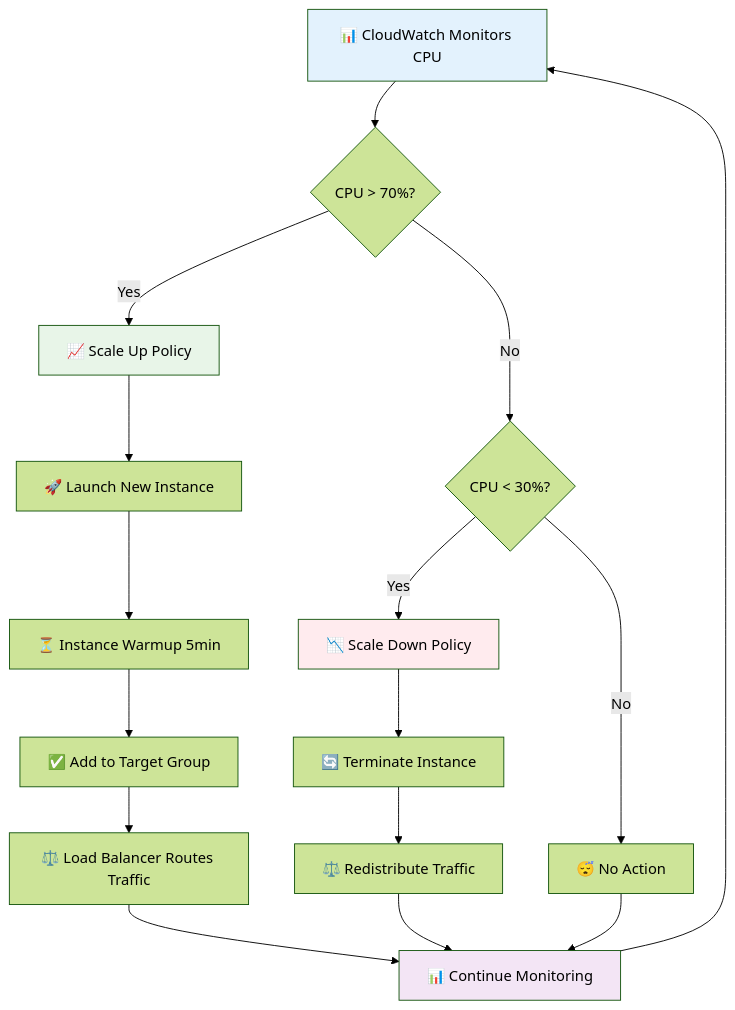
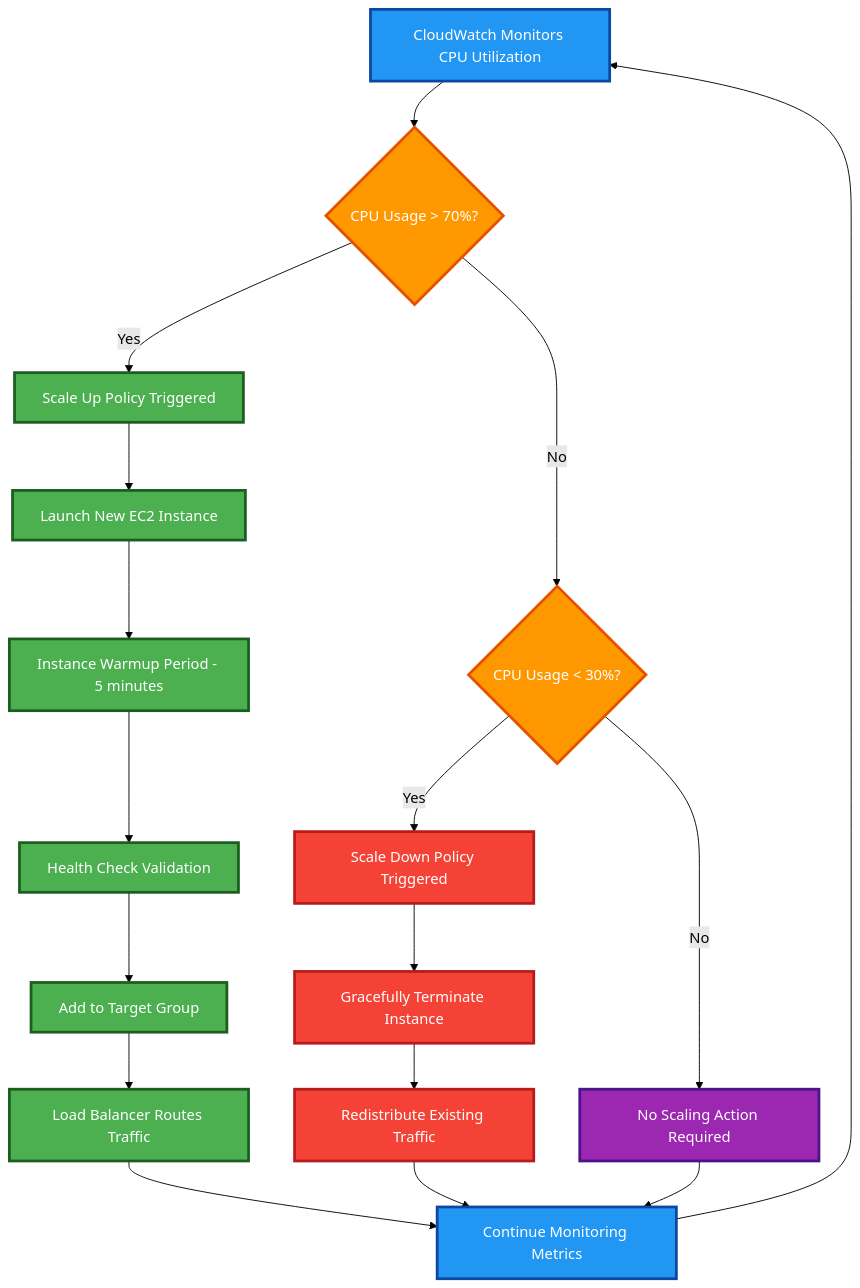
The fourth of 7 diagrams in README.md (mangucletus/proxy-lamp-stack-application), drawn with Mermaid (forest theme) before and after one commit. The commit also changed other lines of this file and 1 other file, not shown here.

````diff
--- a/README.md
+++ b/README.md
@@ -201,27 +215,35 @@
 ```mermaid
 flowchart TD
-    A[📊 CloudWatch Monitors CPU] --> B{CPU > 70%?}
-    B -->|Yes| C[📈 Scale Up Policy]
-    B -->|No| D{CPU < 30%?}
+    A[CloudWatch Monitors CPU Utilization] --> B{CPU Usage > 70%?}
+    B -->|Yes| C[Scale Up Policy Triggered]
+    B -->|No| D{CPU Usage < 30%?}
     
-    C --> E[🚀 Launch New Instance]
-    E --> F[⏳ Instance Warmup 5min]
-    F --> G[✅ Add to Target Group]
-    G --> H[⚖️ Load Balancer Routes Traffic]
+    C --> E[Launch New EC2 Instance]
+    E --> F[Instance Warmup Period - 5 minutes]
+    F --> G[Health Check Validation]
+    G --> H[Add to Target Group]
+    H --> I[Load Balancer Routes Traffic]
     
-    D -->|Yes| I[📉 Scale Down Policy]
-    D -->|No| J[😴 No Action]
+    D -->|Yes| J[Scale Down Policy Triggered]
+    D -->|No| K[No Scaling Action Required]
     
-    I --> K[🔄 Terminate Instance]
-    K --> L[⚖️ Redistribute Traffic]
+    J --> L[Gracefully Terminate Instance]
+    L --> M[Redistribute Existing Traffic]
     
-    H --> M[📊 Continue Monitoring]
-    L --> M
-    J --> M
-    M --> A
+    I --> N[Continue Monitoring Metrics]
+    M --> N
+    K --> N
+    N --> A
     
-    style A fill:#e3f2fd
-    style C fill:#e8f5e8
-    style I fill:#ffebee
-    style M fill:#f3e5f5
+    classDef monitorClass fill:#2196f3,stroke:#0d47a1,stroke-width:3px,color:#fff
+    classDef scaleUpClass fill:#4caf50,stroke:#1b5e20,stroke-width:3px,color:#fff
+    classDef scaleDownClass fill:#f44336,stroke:#b71c1c,stroke-width:3px,color:#fff
+    classDef neutralClass fill:#9c27b0,stroke:#4a148c,stroke-width:3px,color:#fff
+    classDef actionClass fill:#ff9800,stroke:#e65100,stroke-width:3px,color:#fff
+    
+    class A,N monitorClass
+    class C,E,F,G,H,I scaleUpClass
+    class J,L,M scaleDownClass
+    class K neutralClass
+    class B,D actionClass
 ```
````
